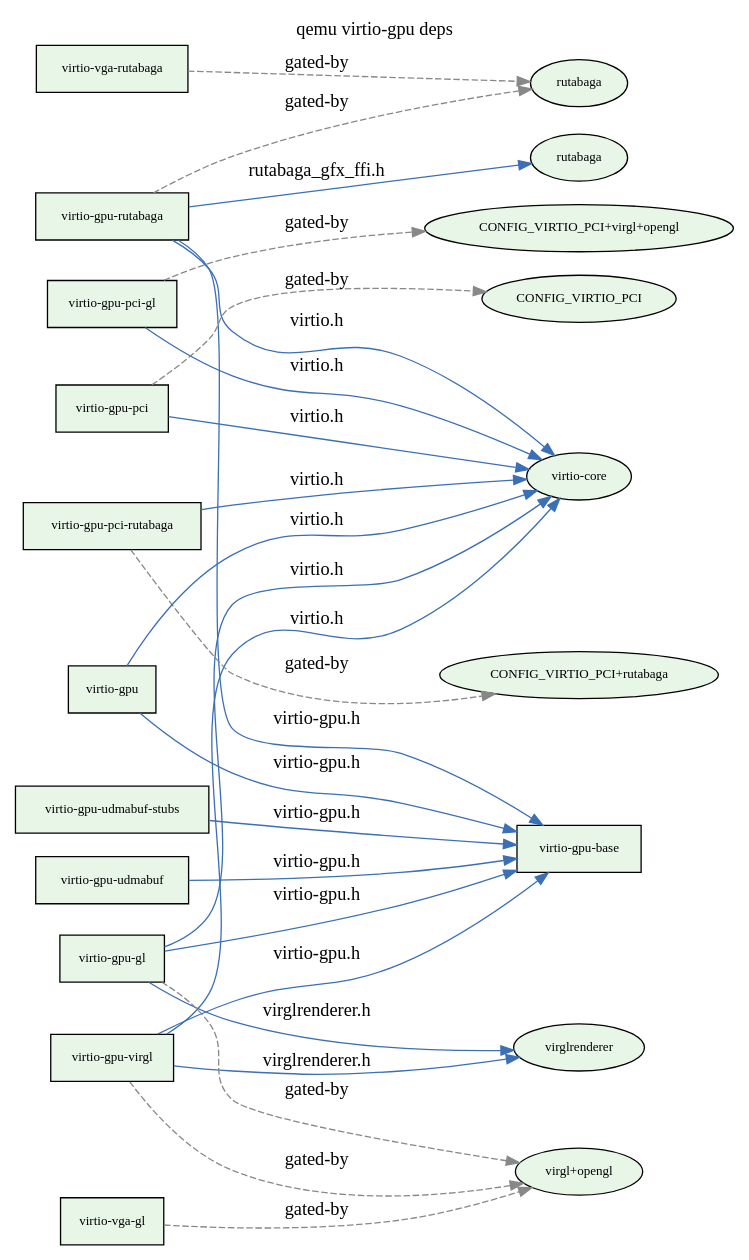
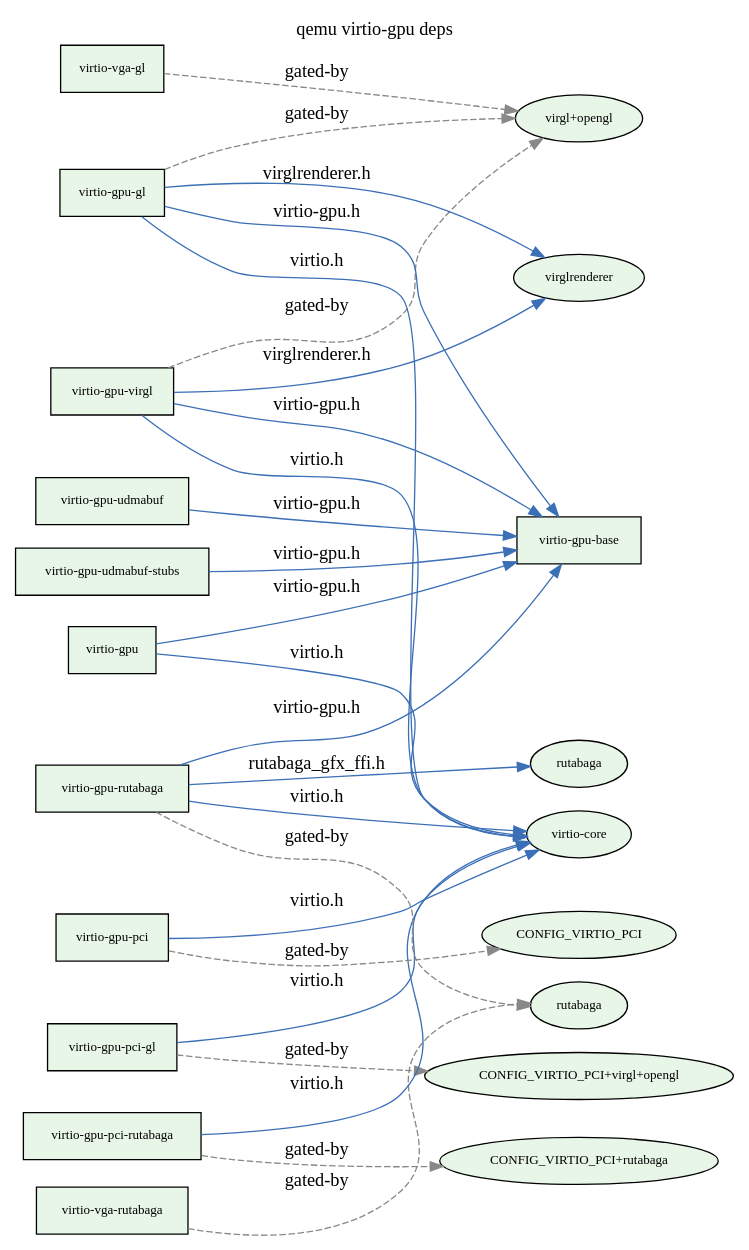
The diagram in results/depgraph/qemu.dot (vm-final-project/virtio-gpu), drawn with Graphviz before and after one commit. The commit also changed other lines of this file and 8 other files, not shown here.

```diff
--- a/results/depgraph/qemu.dot
+++ b/results/depgraph/qemu.dot
@@ -1,49 +1,49 @@
 digraph "qemu virtio-gpu deps" {
   rankdir=LR;
   node [fontsize=10];
   label="qemu virtio-gpu deps"; labelloc=t; fontsize=14;
+  "qemu:virtio-vga-gl" [label="virtio-vga-gl",shape=box,style=filled,fillcolor="#e8f6e8"];
   "qemu:virtio-gpu-virgl" [label="virtio-gpu-virgl",shape=box,style=filled,fillcolor="#e8f6e8"];
+  "qemu:feat:CONFIG_VIRTIO_PCI+virgl+opengl" [label="CONFIG_VIRTIO_PCI+virgl+opengl",shape=ellipse,style=filled,fillcolor="#e8f6e8"];
+  "qemu:feat:CONFIG_VIRTIO_PCI" [label="CONFIG_VIRTIO_PCI",shape=ellipse,style=filled,fillcolor="#e8f6e8"];
+  "qemu:virtio-gpu-pci-gl" [label="virtio-gpu-pci-gl",shape=box,style=filled,fillcolor="#e8f6e8"];
+  "qemu:virtio-vga-rutabaga" [label="virtio-vga-rutabaga",shape=box,style=filled,fillcolor="#e8f6e8"];
+  "qemu:feat:CONFIG_VIRTIO_PCI+rutabaga" [label="CONFIG_VIRTIO_PCI+rutabaga",shape=ellipse,style=filled,fillcolor="#e8f6e8"];
+  "qemu:virtio-gpu-pci-rutabaga" [label="virtio-gpu-pci-rutabaga",shape=box,style=filled,fillcolor="#e8f6e8"];
   "qemu:virtio-gpu-rutabaga" [label="virtio-gpu-rutabaga",shape=box,style=filled,fillcolor="#e8f6e8"];
-  "qemu:virtio-vga-gl" [label="virtio-vga-gl",shape=box,style=filled,fillcolor="#e8f6e8"];
-  "qemu:feat:CONFIG_VIRTIO_PCI+rutabaga" [label="CONFIG_VIRTIO_PCI+rutabaga",shape=ellipse,style=filled,fillcolor="#e8f6e8"];
-  "qemu:virtio-gpu-pci-gl" [label="virtio-gpu-pci-gl",shape=box,style=filled,fillcolor="#e8f6e8"];
+  "qemu:virtio-gpu" [label="virtio-gpu",shape=box,style=filled,fillcolor="#e8f6e8"];
+  "qemu:virtio-gpu-udmabuf" [label="virtio-gpu-udmabuf",shape=box,style=filled,fillcolor="#e8f6e8"];
+  "qemu:feat:rutabaga" [label="rutabaga",shape=ellipse,style=filled,fillcolor="#e8f6e8"];
   "qemu:virtio-gpu-base" [label="virtio-gpu-base",shape=box,style=filled,fillcolor="#e8f6e8"];
-  "qemu:feat:CONFIG_VIRTIO_PCI+virgl+opengl" [label="CONFIG_VIRTIO_PCI+virgl+opengl",shape=ellipse,style=filled,fillcolor="#e8f6e8"];
-  "qemu:virtio-gpu-pci-rutabaga" [label="virtio-gpu-pci-rutabaga",shape=box,style=filled,fillcolor="#e8f6e8"];
+  "qemu:ext:rutabaga" [label="rutabaga",shape=ellipse,style=filled,fillcolor="#e8f6e8"];
+  "qemu:feat:virgl+opengl" [label="virgl+opengl",shape=ellipse,style=filled,fillcolor="#e8f6e8"];
+  "qemu:virtio-gpu-gl" [label="virtio-gpu-gl",shape=box,style=filled,fillcolor="#e8f6e8"];
   "qemu:ext:virglrenderer" [label="virglrenderer",shape=ellipse,style=filled,fillcolor="#e8f6e8"];
+  "qemu:virtio-gpu-udmabuf-stubs" [label="virtio-gpu-udmabuf-stubs",shape=box,style=filled,fillcolor="#e8f6e8"];
   "qemu:virtio-gpu-pci" [label="virtio-gpu-pci",shape=box,style=filled,fillcolor="#e8f6e8"];
-  "qemu:feat:rutabaga" [label="rutabaga",shape=ellipse,style=filled,fillcolor="#e8f6e8"];
-  "qemu:virtio-gpu-udmabuf" [label="virtio-gpu-udmabuf",shape=box,style=filled,fillcolor="#e8f6e8"];
-  "qemu:ext:rutabaga" [label="rutabaga",shape=ellipse,style=filled,fillcolor="#e8f6e8"];
-  "qemu:virtio-gpu-udmabuf-stubs" [label="virtio-gpu-udmabuf-stubs",shape=box,style=filled,fillcolor="#e8f6e8"];
   "qemu:ext:virtio-core" [label="virtio-core",shape=ellipse,style=filled,fillcolor="#e8f6e8"];
-  "qemu:virtio-vga-rutabaga" [label="virtio-vga-rutabaga",shape=box,style=filled,fillcolor="#e8f6e8"];
-  "qemu:virtio-gpu-gl" [label="virtio-gpu-gl",shape=box,style=filled,fillcolor="#e8f6e8"];
-  "qemu:feat:virgl+opengl" [label="virgl+opengl",shape=ellipse,style=filled,fillcolor="#e8f6e8"];
-  "qemu:virtio-gpu" [label="virtio-gpu",shape=box,style=filled,fillcolor="#e8f6e8"];
-  "qemu:feat:CONFIG_VIRTIO_PCI" [label="CONFIG_VIRTIO_PCI",shape=ellipse,style=filled,fillcolor="#e8f6e8"];
   "qemu:virtio-gpu-gl" -> "qemu:ext:virtio-core" [color="#3b6fb6",label="virtio.h"];
   "qemu:virtio-gpu-gl" -> "qemu:virtio-gpu-base" [color="#3b6fb6",label="virtio-gpu.h"];
   "qemu:virtio-gpu-gl" -> "qemu:ext:virglrenderer" [color="#3b6fb6",label="virglrenderer.h"];
   "qemu:virtio-gpu-pci-gl" -> "qemu:ext:virtio-core" [color="#3b6fb6",label="virtio.h"];
   "qemu:virtio-gpu-pci-rutabaga" -> "qemu:ext:virtio-core" [color="#3b6fb6",label="virtio.h"];
   "qemu:virtio-gpu-pci" -> "qemu:ext:virtio-core" [color="#3b6fb6",label="virtio.h"];
   "qemu:virtio-gpu-rutabaga" -> "qemu:ext:virtio-core" [color="#3b6fb6",label="virtio.h"];
   "qemu:virtio-gpu-rutabaga" -> "qemu:virtio-gpu-base" [color="#3b6fb6",label="virtio-gpu.h"];
   "qemu:virtio-gpu-rutabaga" -> "qemu:ext:rutabaga" [color="#3b6fb6",label="rutabaga_gfx_ffi.h"];
   "qemu:virtio-gpu-udmabuf-stubs" -> "qemu:virtio-gpu-base" [color="#3b6fb6",label="virtio-gpu.h"];
   "qemu:virtio-gpu-udmabuf" -> "qemu:virtio-gpu-base" [color="#3b6fb6",label="virtio-gpu.h"];
   "qemu:virtio-gpu-virgl" -> "qemu:ext:virtio-core" [color="#3b6fb6",label="virtio.h"];
   "qemu:virtio-gpu-virgl" -> "qemu:virtio-gpu-base" [color="#3b6fb6",label="virtio-gpu.h"];
   "qemu:virtio-gpu-virgl" -> "qemu:ext:virglrenderer" [color="#3b6fb6",label="virglrenderer.h"];
   "qemu:virtio-gpu" -> "qemu:ext:virtio-core" [color="#3b6fb6",label="virtio.h"];
   "qemu:virtio-gpu" -> "qemu:virtio-gpu-base" [color="#3b6fb6",label="virtio-gpu.h"];
   "qemu:virtio-gpu-gl" -> "qemu:feat:virgl+opengl" [style=dashed,color="#888888",label="gated-by"];
   "qemu:virtio-gpu-virgl" -> "qemu:feat:virgl+opengl" [style=dashed,color="#888888",label="gated-by"];
   "qemu:virtio-gpu-rutabaga" -> "qemu:feat:rutabaga" [style=dashed,color="#888888",label="gated-by"];
   "qemu:virtio-gpu-pci" -> "qemu:feat:CONFIG_VIRTIO_PCI" [style=dashed,color="#888888",label="gated-by"];
   "qemu:virtio-gpu-pci-gl" -> "qemu:feat:CONFIG_VIRTIO_PCI+virgl+opengl" [style=dashed,color="#888888",label="gated-by"];
   "qemu:virtio-gpu-pci-rutabaga" -> "qemu:feat:CONFIG_VIRTIO_PCI+rutabaga" [style=dashed,color="#888888",label="gated-by"];
   "qemu:virtio-vga-gl" -> "qemu:feat:virgl+opengl" [style=dashed,color="#888888",label="gated-by"];
   "qemu:virtio-vga-rutabaga" -> "qemu:feat:rutabaga" [style=dashed,color="#888888",label="gated-by"];
 }
```
